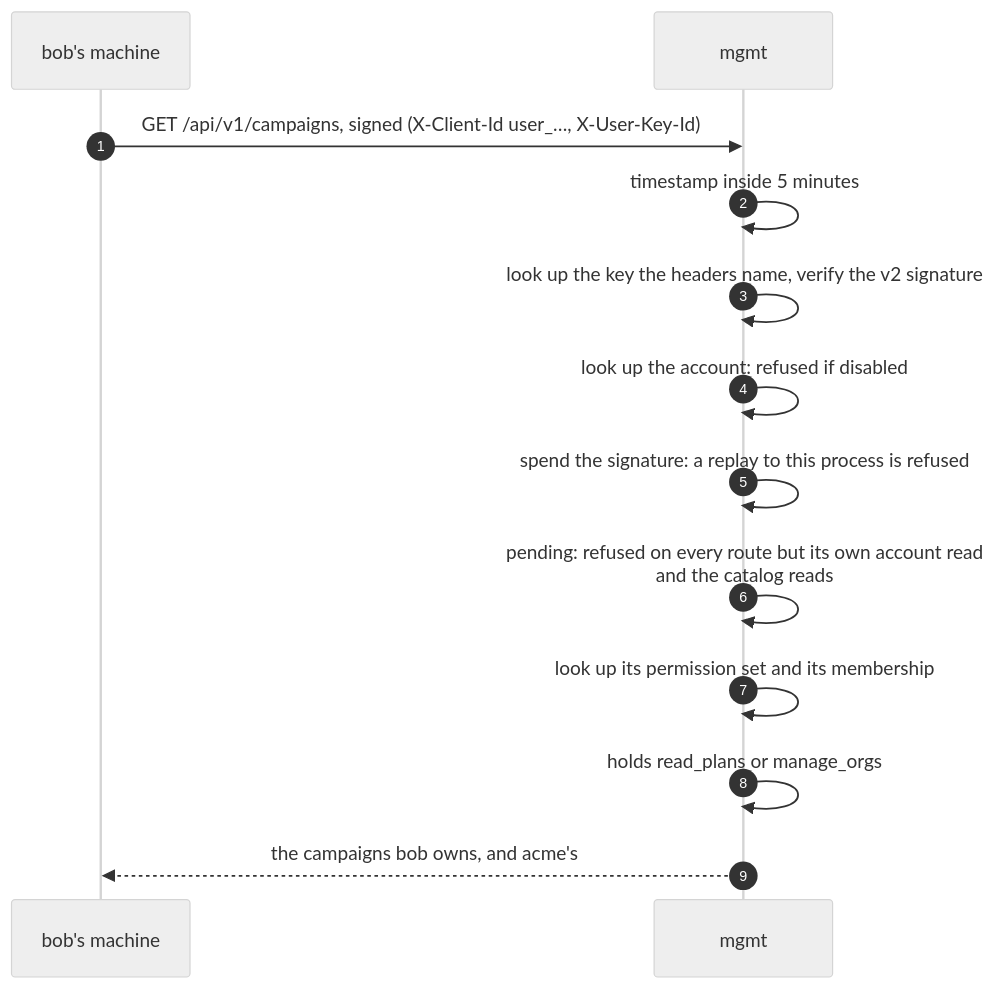
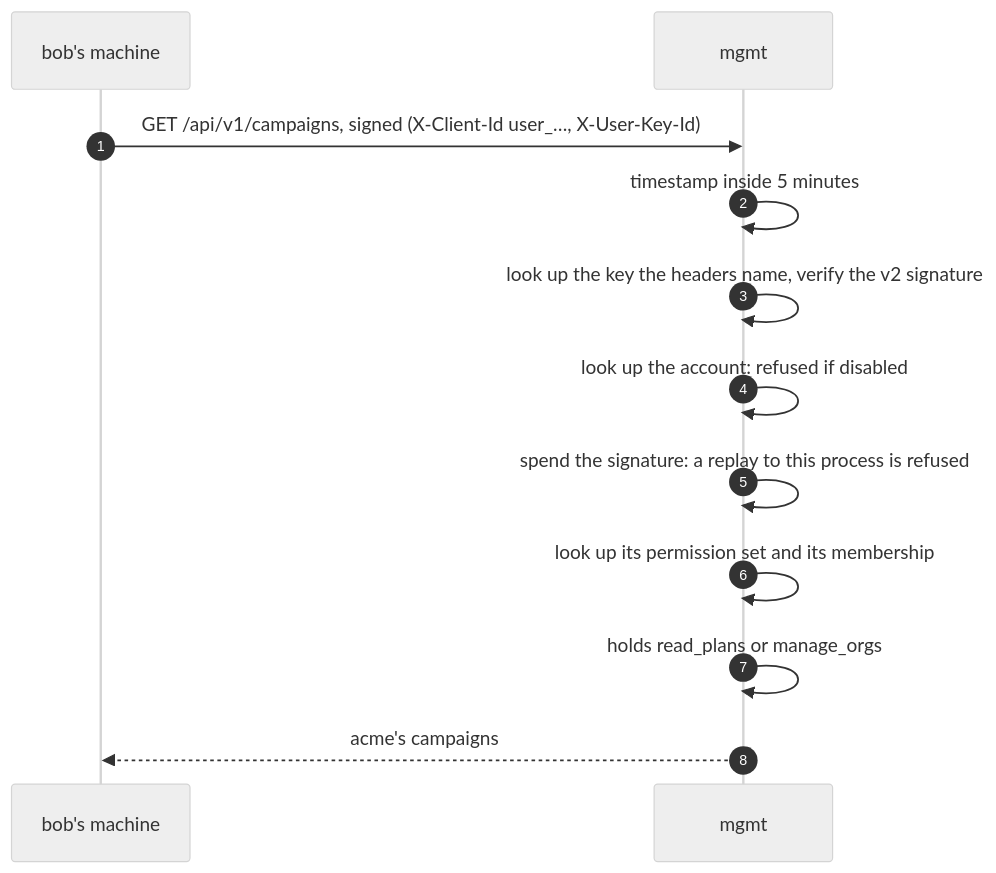
Diagram 18 of 27 in docs/topology.md (Liquid4All/pipette-mgmt), drawn with Mermaid (neutral theme) before and after one commit. The commit also changed other lines of this file and 432 other files, not shown here.

````diff
--- a/docs/topology.md
+++ b/docs/topology.md
@@ -814,16 +760,15 @@
 ```mermaid
 sequenceDiagram
     autonumber
     participant U as bob's machine
     participant M as mgmt
 
     U->>M: GET /api/v1/campaigns, signed (X-Client-Id user_…, X-User-Key-Id)
     M->>M: timestamp inside 5 minutes
     M->>M: look up the key the headers name, verify the v2 signature
     M->>M: look up the account: refused if disabled
     M->>M: spend the signature: a replay to this process is refused
-    M->>M: pending: refused on every route but its own account read<br/>and the catalog reads
     M->>M: look up its permission set and its membership
     M->>M: holds read_plans or manage_orgs
-    M-->>U: the campaigns bob owns, and acme's
+    M-->>U: acme's campaigns
 ```
````
